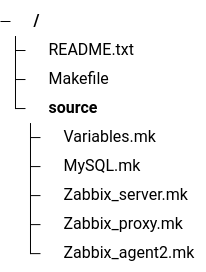
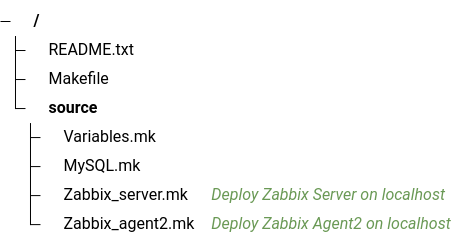
One commit to Zai4ikManiak/Cyber-Security-Study changed the diagram in README.md. Above: the diagram before and after it, drawn with Mermaid.

Commit message:
modified:   README.md

````diff
--- a/README.md
+++ b/README.md
@@ -2,17 +2,16 @@
 ```mermaid
 ---
 config:
     treeView:
         showIcons: true
         defaultIconPack: material-icon-theme
 ---
 treeView-beta
     README.txt
     Makefile
     source/ 
         Variables.mk
         MySQL.mk
-        Zabbix_server.mk 
-        Zabbix_proxy.mk 
-        Zabbix_agent2.mk 
+        Zabbix_server.mk ## Deploy Zabbix Server on localhost
+        Zabbix_agent2.mk ## Deploy Zabbix Agent2 on localhost
 ```
````
